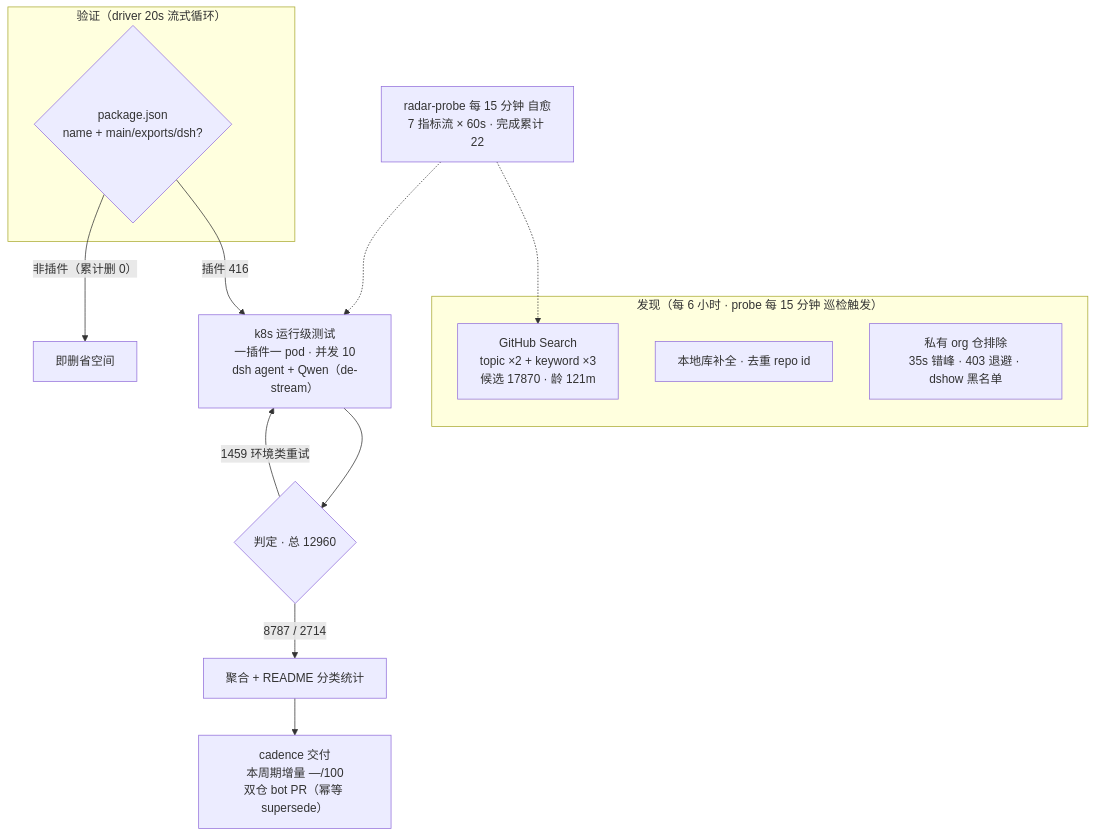
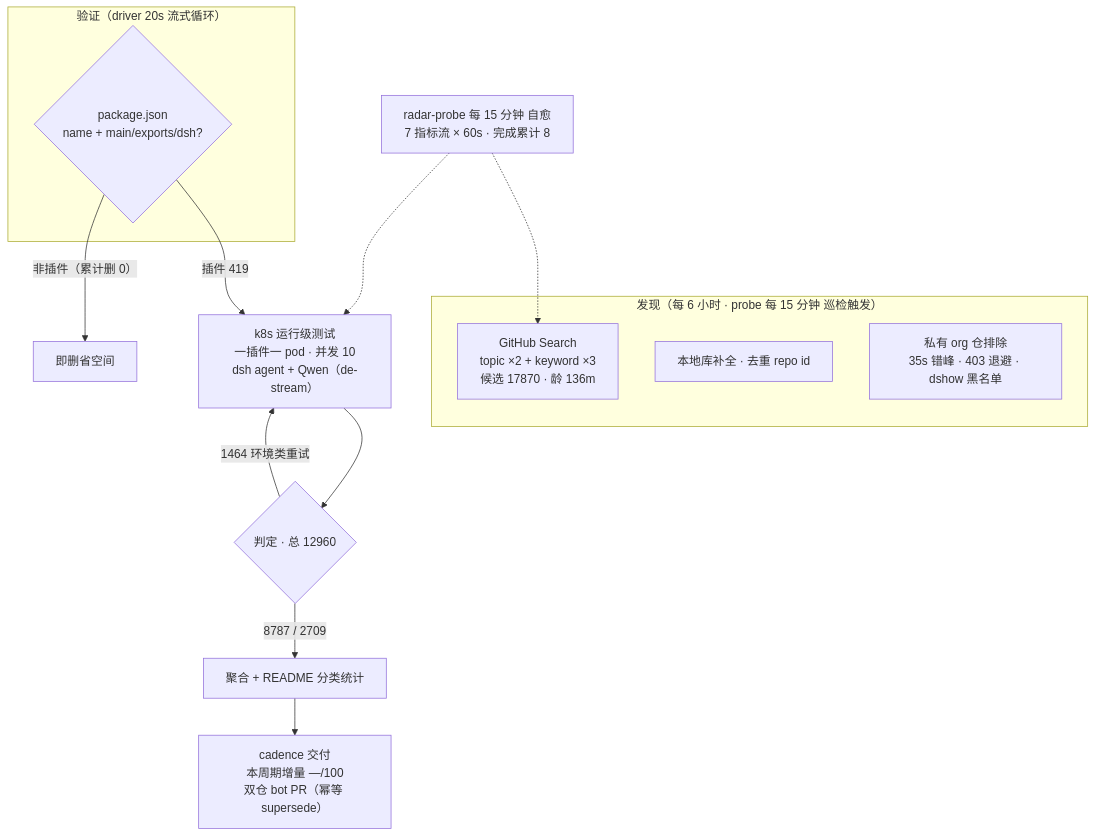
One commit to AdamPlatin123/awesome-dsh-plugins changed the diagram in README.md. Above: the diagram before and after it, drawn with Mermaid. The commit also changed other lines of this file and 5 other files, not shown here.

````diff
--- a/README.md
+++ b/README.md
@@ -52,20 +52,20 @@
 ```mermaid
 flowchart TB
     subgraph Discovery["发现（每 6 小时 · probe 每 15 分钟 巡检触发）"]
-        A1["GitHub Search<br/>topic ×2 + keyword ×3<br/>候选 17870 · 龄 121m"]
+        A1["GitHub Search<br/>topic ×2 + keyword ×3<br/>候选 17870 · 龄 136m"]
         A2["本地库补全 · 去重 repo id"]
         A3["私有 org 仓排除<br/>35s 错峰 · 403 退避 · dshow 黑名单"]
     end
     subgraph Validation["验证（driver 20s 流式循环）"]
         B1{"package.json<br/>name + main/exports/dsh?"}
     end
-    B1 -->|"插件 416"| C1["k8s 运行级测试<br/>一插件一 pod · 并发 10<br/>dsh agent + Qwen（de-stream）"]
+    B1 -->|"插件 419"| C1["k8s 运行级测试<br/>一插件一 pod · 并发 10<br/>dsh agent + Qwen（de-stream）"]
     B1 -->|"非插件（累计删 0）"| B3["即删省空间"]
     C1 --> D1{"判定 · 总 12960"}
-    D1 -->|"8787 / 2714"| E1["聚合 + README 分类统计"]
-    D1 -->|"1459 环境类重试"| C1
+    D1 -->|"8787 / 2709"| E1["聚合 + README 分类统计"]
+    D1 -->|"1464 环境类重试"| C1
     E1 --> E2["cadence 交付<br/>本周期增量 —/100<br/>双仓 bot PR（幂等 supersede）"]
-    M["radar-probe 每 15 分钟 自愈<br/>7 指标流 × 60s · 完成累计 22"]
+    M["radar-probe 每 15 分钟 自愈<br/>7 指标流 × 60s · 完成累计 8"]
     M -.-> A1
     M -.-> C1
 ```
````
